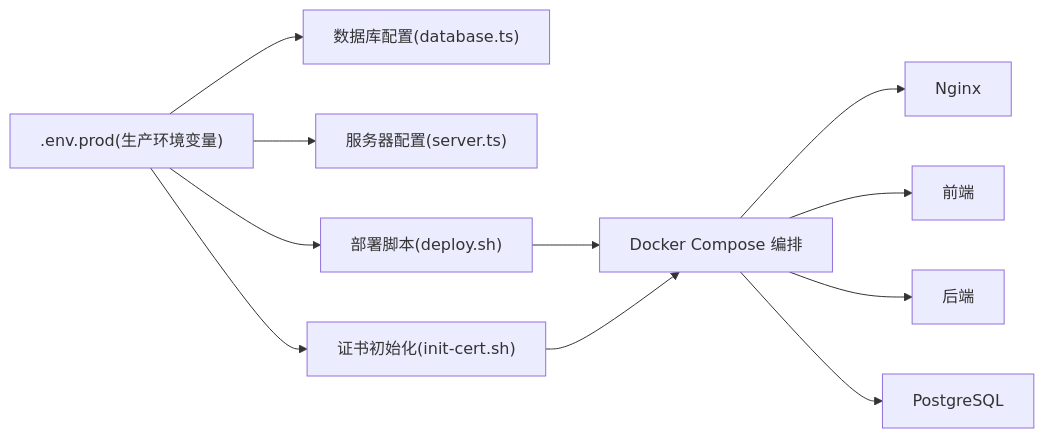
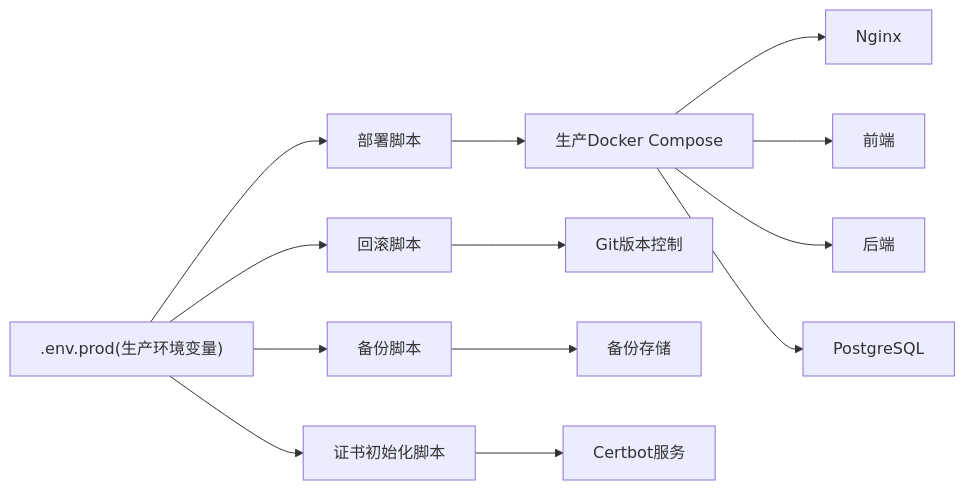
Before and after one commit to Will0253/zczk: the eighth of 8 diagrams in .qoder/repowiki/zh/content/部署和运维/部署配置/自动化部署脚本.md, drawn with Mermaid. The commit also changed other lines of this file and 13 other files, not shown here.

````diff
--- a/.qoder/repowiki/zh/content/部署和运维/部署配置/自动化部署脚本.md
+++ b/.qoder/repowiki/zh/content/部署和运维/部署配置/自动化部署脚本.md
@@ -227,13 +297,15 @@
 ```mermaid
 graph LR
-Env[".env.prod(生产环境变量)"] --> DBConf["数据库配置(database.ts)"]
-Env --> ServerConf["服务器配置(server.ts)"]
-Env --> Deploy["部署脚本(deploy.sh)"]
-Env --> CertInit["证书初始化(init-cert.sh)"]
-Deploy --> Compose["Docker Compose 编排"]
-CertInit --> Compose
-Compose --> Nginx["Nginx"]
-Compose --> Frontend["前端"]
-Compose --> Backend["后端"]
-Compose --> Postgres["PostgreSQL"]
+Env[".env.prod(生产环境变量)"] --> Deploy["部署脚本"]
+Env --> Rollback["回滚脚本"]
+Env --> Backup["备份脚本"]
+Env --> CertInit["证书初始化脚本"]
+Deploy --> ComposeProd["生产Docker Compose"]
+Rollback --> Git["Git版本控制"]
+Backup --> Storage["备份存储"]
+CertInit --> Certbot["Certbot服务"]
+ComposeProd --> Nginx["Nginx"]
+ComposeProd --> Frontend["前端"]
+ComposeProd --> Backend["后端"]
+ComposeProd --> Postgres["PostgreSQL"]
 ```
````
